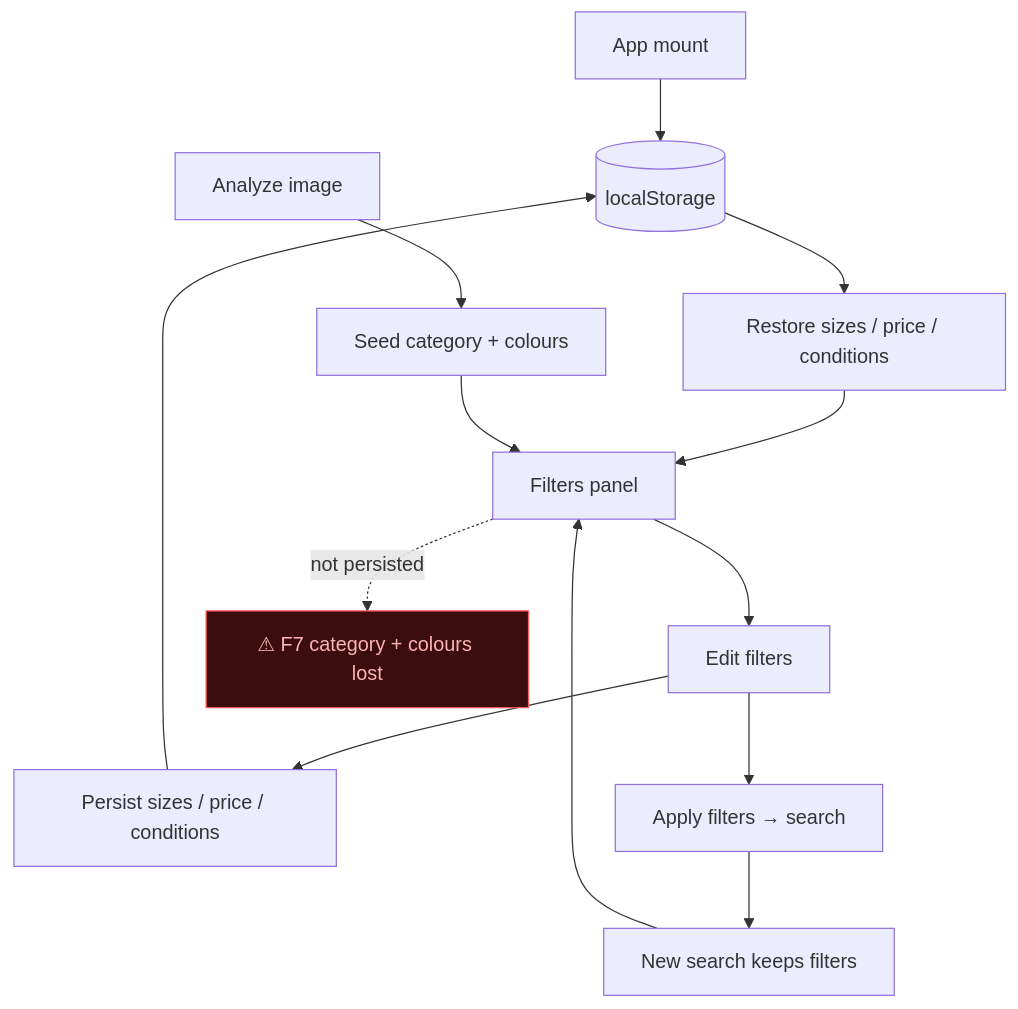
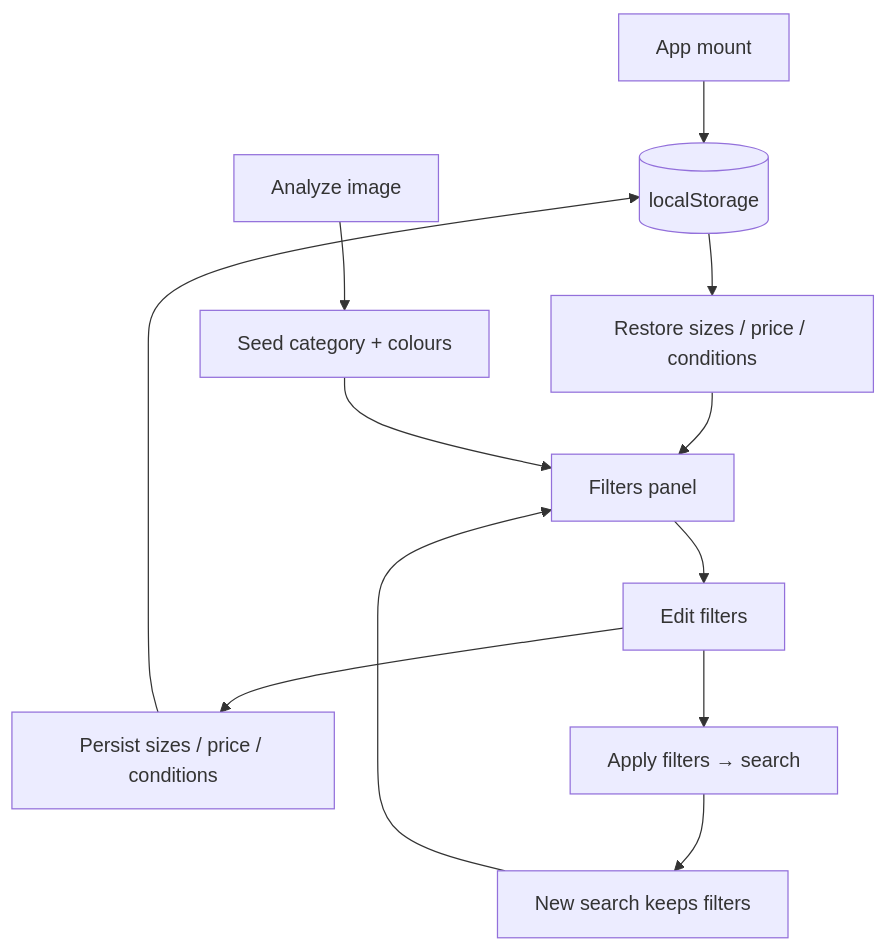
One commit to bvechiato/rack-sorter changed the sixth of 6 diagrams in docs/flows/README.md. Above: the diagram before and after it, drawn with Mermaid. The commit also changed other lines of this file and 10 other files, not shown here.

First line of the commit message:
Fix client flow state cleanup and surface analysis progress

````diff
--- a/docs/flows/README.md
+++ b/docs/flows/README.md
@@ -271,19 +272,14 @@
 ```mermaid
 flowchart TD
-    classDef fault fill:#3b0d0d,stroke:#ff5a5a,color:#ffb3b3;
-
     M[App mount] --> L[(localStorage)]
     L --> R[Restore sizes / price / conditions]
     R --> P[Filters panel]
     P --> E[Edit filters]
     E --> S[Persist sizes / price / conditions]
     S --> L
     A[Analyze image] --> D[Seed category + colours]
     D --> P
     E --> Q[Apply filters → search]
     Q --> N[New search keeps filters]
     N --> P
-    P -. not persisted .-> F7[⚠ F7 category + colours lost]
-
-    class F7 fault
 ```
````
